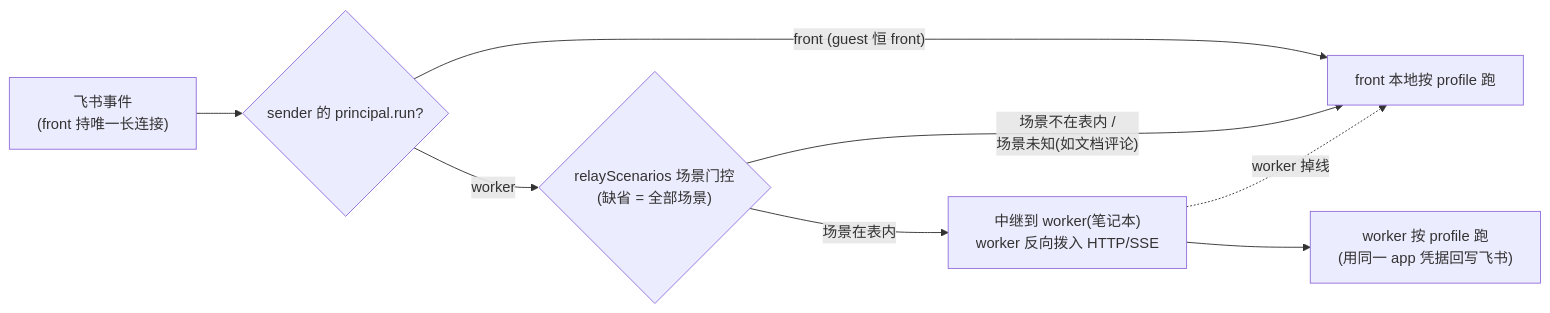
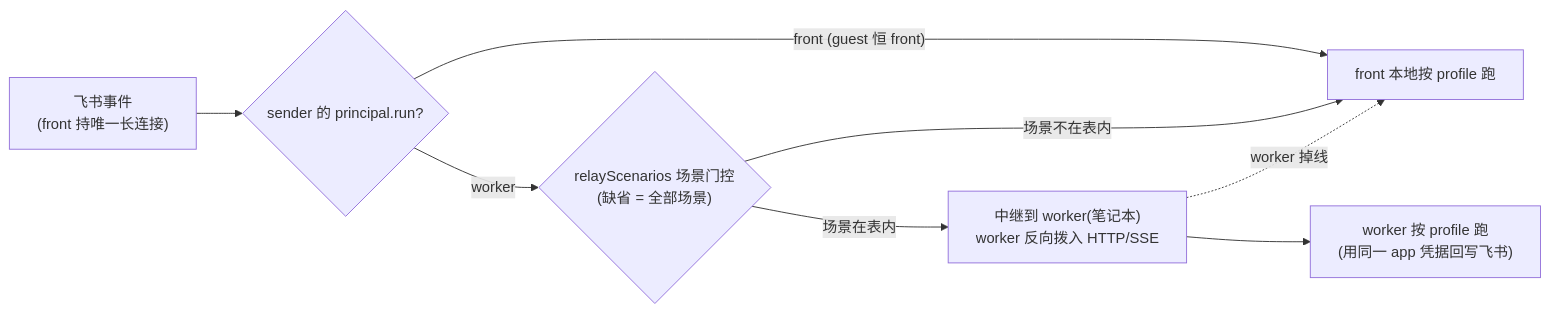
Before and after one commit to sorphwer/feishu-omp-bridge: the tenth of 10 diagrams in CONFIGURATION.zh.md, drawn with Mermaid. The commit also changed other lines of this file and 15 other files, not shown here.

````diff
--- a/CONFIGURATION.zh.md
+++ b/CONFIGURATION.zh.md
@@ -636,10 +634,10 @@
 ```mermaid
 flowchart LR
   EV["飞书事件<br/>(front 持唯一长连接)"] --> Q{"sender 的 principal.run?"}
   Q -->|"front (guest 恒 front)"| LOCAL["front 本地按 profile 跑"]
   Q -->|worker| SG{"relayScenarios 场景门控<br/>(缺省 = 全部场景)"}
   SG -->|"场景在表内"| RELAY["中继到 worker(笔记本)<br/>worker 反向拨入 HTTP/SSE"]
-  SG -->|"场景不在表内 /<br/>场景未知(如文档评论)"| LOCAL
+  SG -->|"场景不在表内"| LOCAL
   RELAY --> WRUN["worker 按 profile 跑<br/>(用同一 app 凭据回写飞书)"]
   RELAY -.->|worker 掉线| LOCAL
 ```
````
